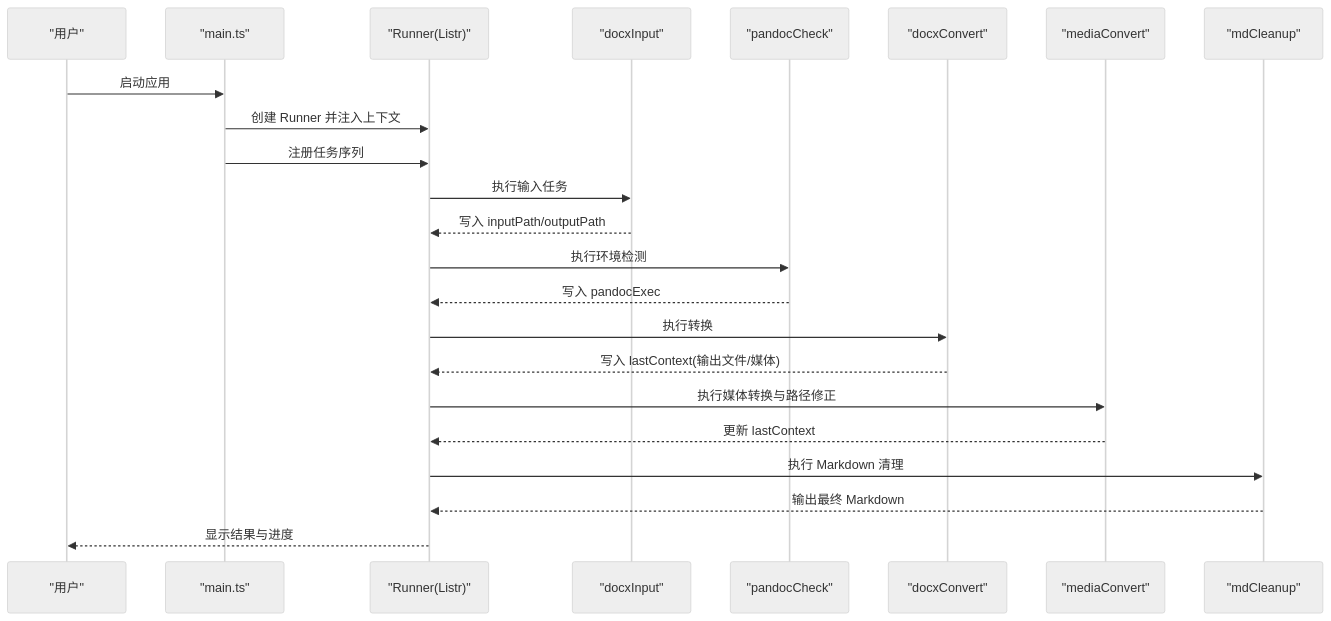
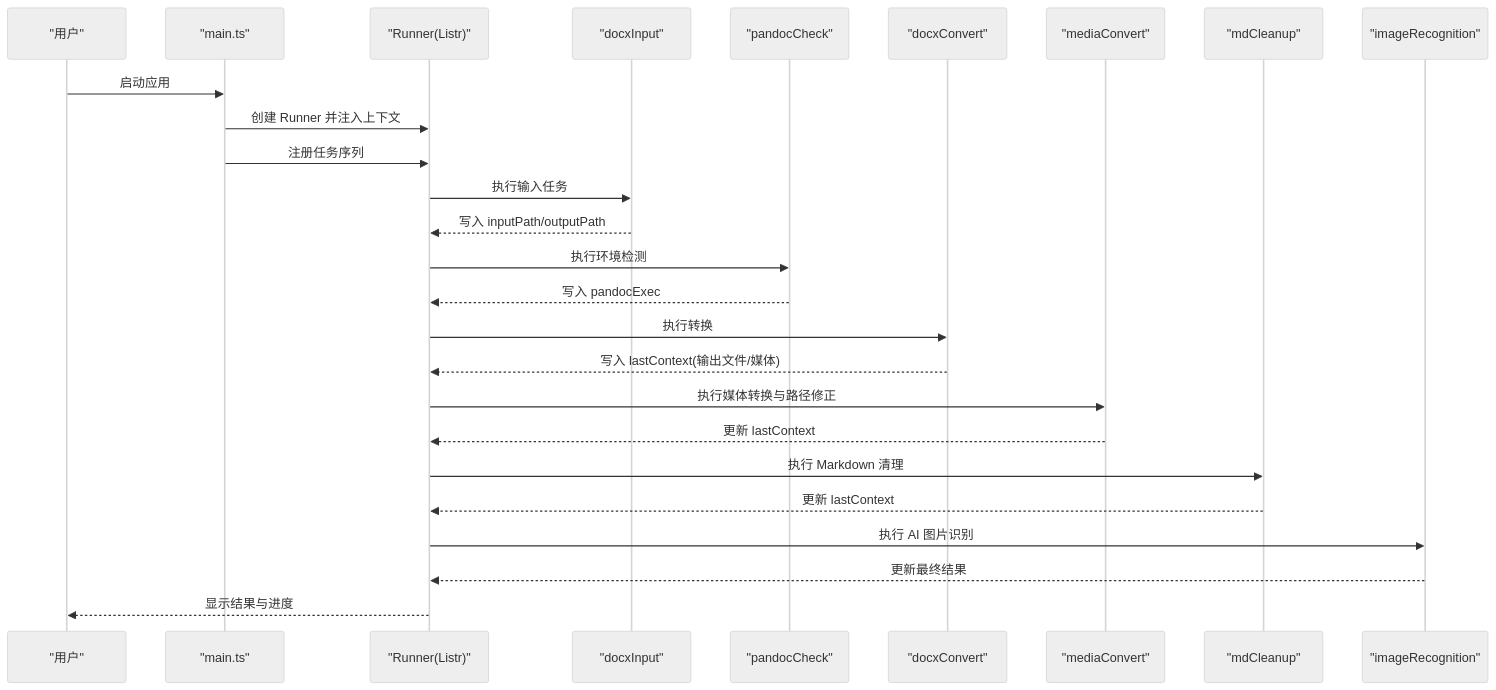
The second of 12 diagrams in .qoder/repowiki/zh/content/核心架构设计/核心架构设计.md (hllshiro/doc2md-cli), drawn with Mermaid (neutral theme) before and after one commit. The commit also changed other lines of this file and 13 other files, not shown here.

````diff
--- a/.qoder/repowiki/zh/content/核心架构设计/核心架构设计.md
+++ b/.qoder/repowiki/zh/content/核心架构设计/核心架构设计.md
@@ -133,25 +193,28 @@
 ```mermaid
 sequenceDiagram
 participant U as "用户"
 participant M as "main.ts"
 participant R as "Runner(Listr)"
 participant T1 as "docxInput"
 participant T2 as "pandocCheck"
 participant T3 as "docxConvert"
 participant T4 as "mediaConvert"
 participant T5 as "mdCleanup"
+participant T6 as "imageRecognition"
 U->>M : 启动应用
 M->>R : 创建 Runner 并注入上下文
 M->>R : 注册任务序列
 R->>T1 : 执行输入任务
 T1-->>R : 写入 inputPath/outputPath
 R->>T2 : 执行环境检测
 T2-->>R : 写入 pandocExec
 R->>T3 : 执行转换
 T3-->>R : 写入 lastContext(输出文件/媒体)
 R->>T4 : 执行媒体转换与路径修正
 T4-->>R : 更新 lastContext
 R->>T5 : 执行 Markdown 清理
-T5-->>R : 输出最终 Markdown
+T5-->>R : 更新 lastContext
+R->>T6 : 执行 AI 图片识别
+T6-->>R : 更新最终结果
 R-->>U : 显示结果与进度
 ```
````
